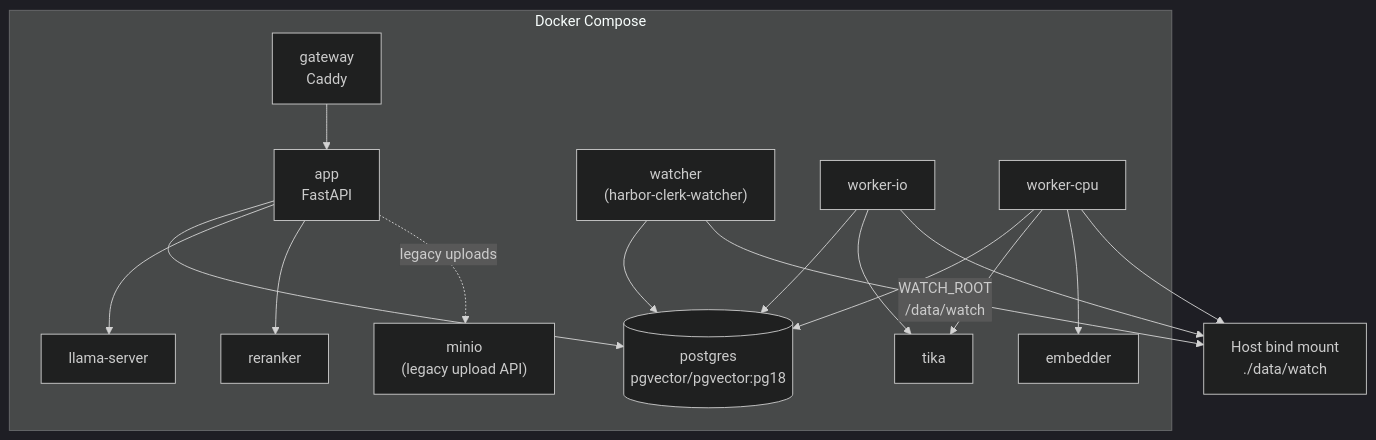
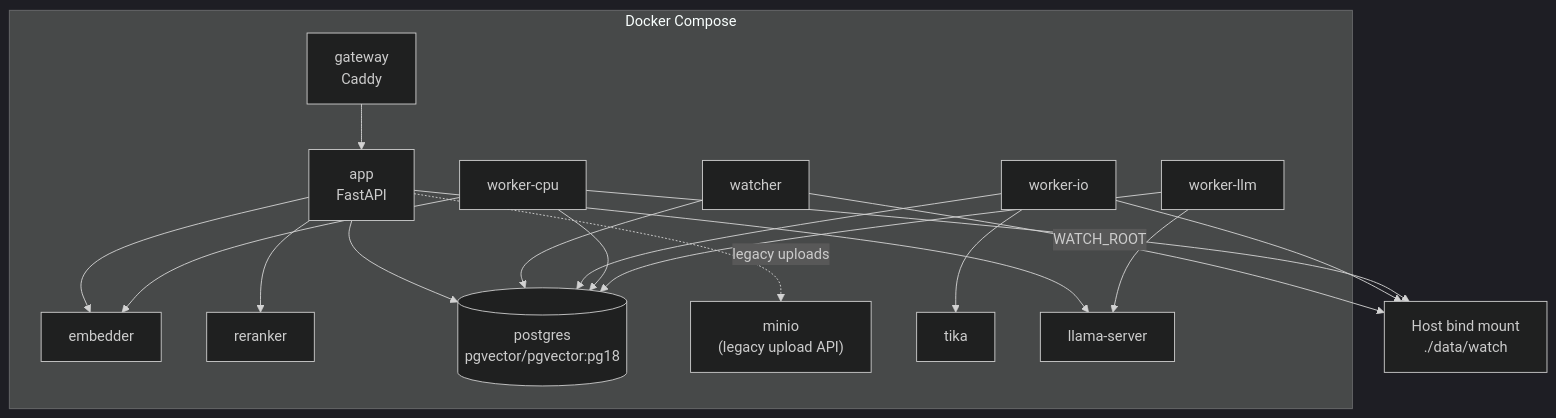
The fourth of 7 diagrams in docs/architecture.md (r0shi/harborclerk), drawn with Mermaid (dark theme) before and after one commit. The commit also changed other lines of this file, not shown here.

First line of the commit message:
docs: rewrite architecture.md, remove staleness banner

````diff
--- a/docs/architecture.md
+++ b/docs/architecture.md
@@ -154,28 +172,28 @@
 ```mermaid
 graph TB
     subgraph docker["Docker Compose"]
         gw["gateway<br/>Caddy"]
         app["app<br/>FastAPI"]
-        watcher["watcher<br/>(harbor-clerk-watcher)"]
+        watcher["watcher"]
         wio["worker-io"]
         wcpu["worker-cpu"]
+        wllm["worker-llm"]
         emb["embedder"]
         rerank["reranker"]
         pg[("postgres<br/>pgvector/pgvector:pg18")]
         minio["minio<br/>(legacy upload API)"]
         tika["tika"]
         llama["llama-server"]
     end
 
     host_fs["Host bind mount<br/>./data/watch"]
 
     gw --> app
-    app --> pg & llama & rerank
+    app --> pg & emb & rerank & llama
     app -. "legacy uploads" .-> minio
     watcher --> pg
-    watcher -- "WATCH_ROOT<br/>/data/watch" --> host_fs
-    wio --> pg & tika
-    wio --> host_fs
-    wcpu --> pg & tika & emb
-    wcpu --> host_fs
+    watcher -- "WATCH_ROOT" --> host_fs
+    wio --> pg & tika & host_fs
+    wcpu --> pg & emb & host_fs
+    wllm --> pg & llama
 ```
````
